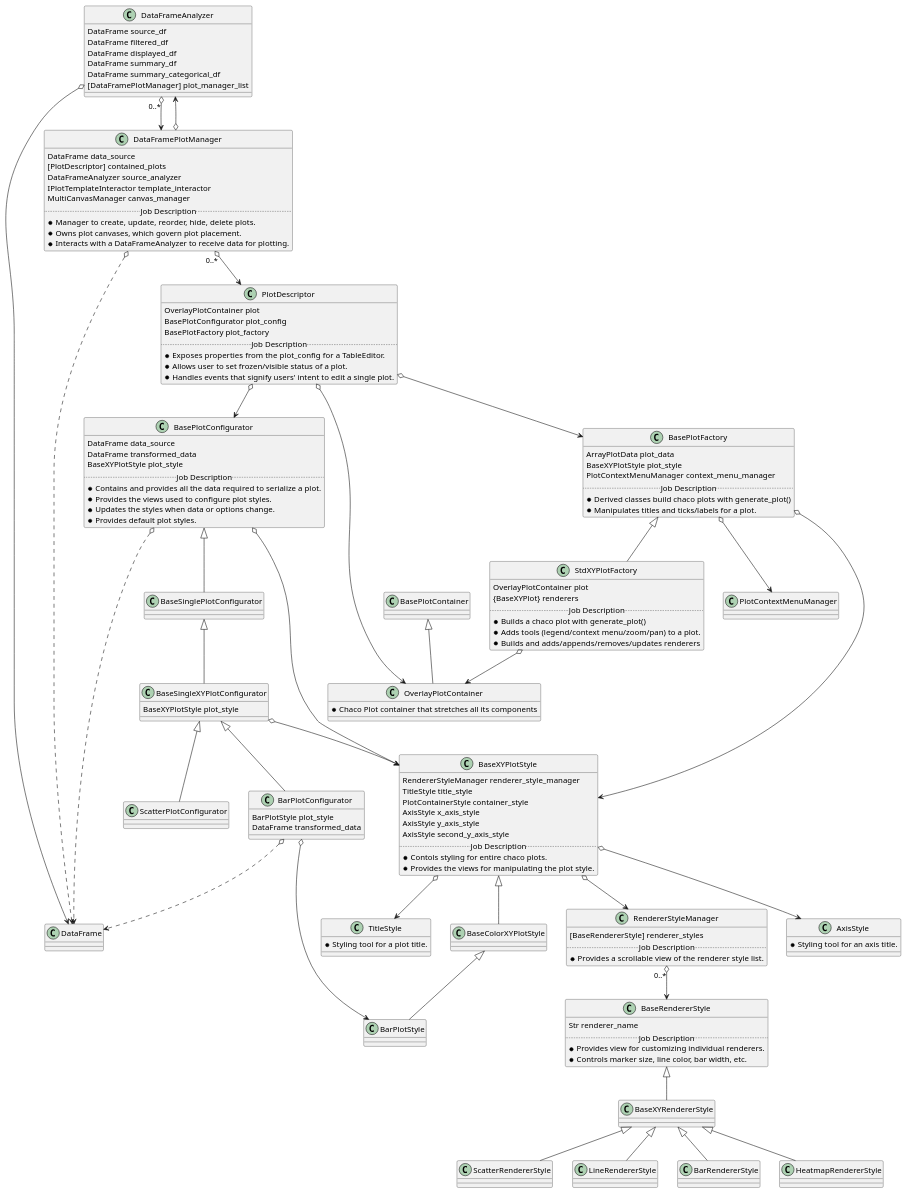
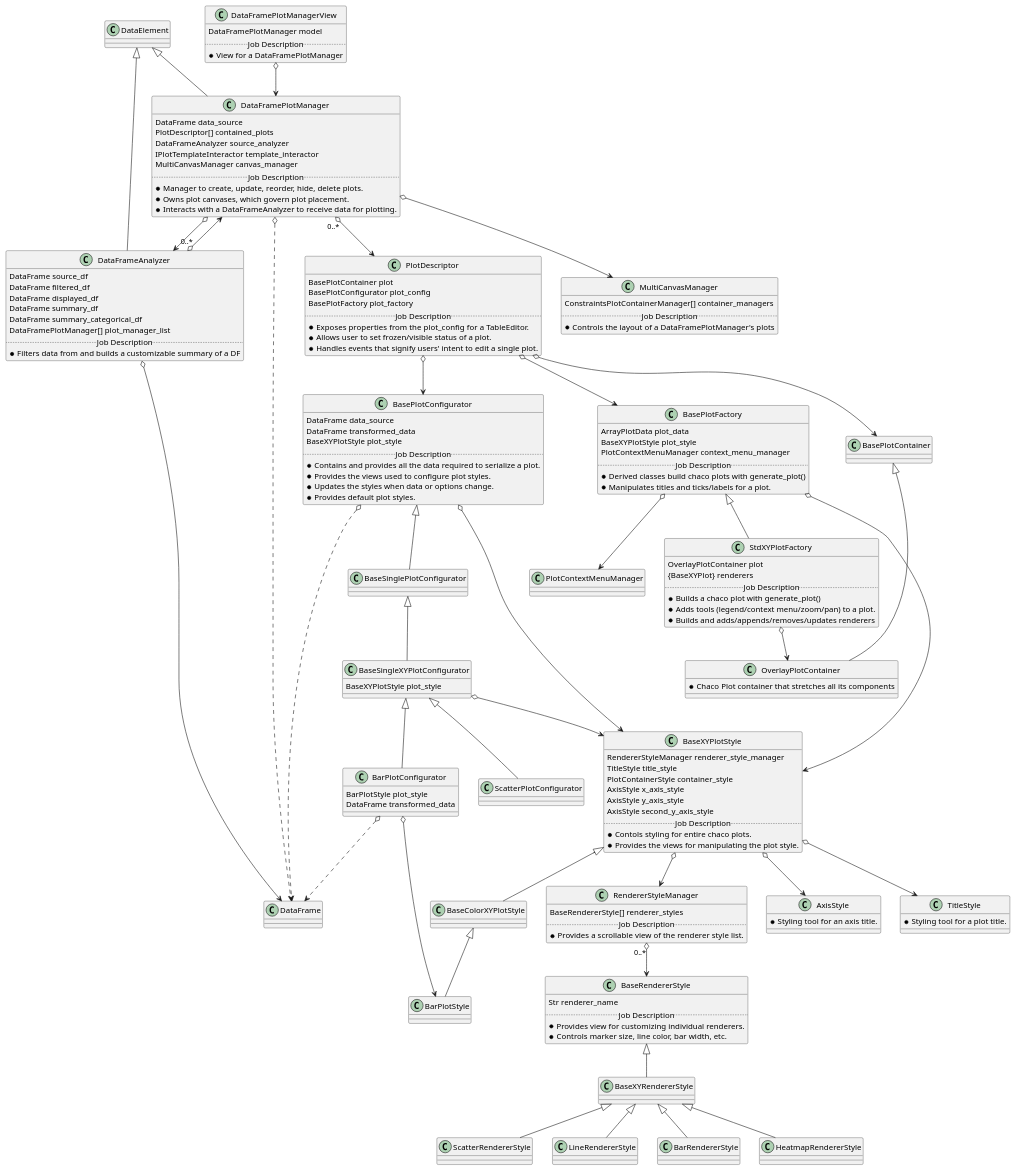
Before and after one commit to KBIbiopharma/pybleau: the diagram in pybleau_plotting.puml, drawn with PlantUML.

Commit message:
Update pybleau_plotting.puml (#160)

```diff
--- a/pybleau_plotting.puml
+++ b/pybleau_plotting.puml
@@ -1,141 +1,167 @@
 @startuml
 
-'class DataElement
-'DataElement <|-- DataFramePlotManager
-'DataElement <|-- DataFrameAnalyzer
+DataElement <|-- DataFramePlotManager
+DataElement <|-- DataFrameAnalyzer
 class DataFrameAnalyzer {
     DataFrame source_df
     DataFrame filtered_df
     DataFrame displayed_df
     DataFrame summary_df
     DataFrame summary_categorical_df
-    [DataFramePlotManager] plot_manager_list
+    DataFramePlotManager[] plot_manager_list
+    ..Job Description..
+    * Filters data from and builds a customizable summary of a DF
 }
 DataFrameAnalyzer o--> DataFrame
 DataFrameAnalyzer "0..*" o--> DataFramePlotManager
 
+
 class DataFramePlotManager {
     DataFrame data_source
-    [PlotDescriptor] contained_plots
+    PlotDescriptor[] contained_plots
     DataFrameAnalyzer source_analyzer
     IPlotTemplateInteractor template_interactor
     MultiCanvasManager canvas_manager
     ..Job Description..
     * Manager to create, update, reorder, hide, delete plots.
     * Owns plot canvases, which govern plot placement.
     * Interacts with a DataFrameAnalyzer to receive data for plotting.
 }
 DataFramePlotManager "0..*" o--> PlotDescriptor
 DataFramePlotManager o..> DataFrame
 DataFramePlotManager o--> DataFrameAnalyzer
+DataFramePlotManager o--> MultiCanvasManager
+
+
+class MultiCanvasManager {
+    ConstraintsPlotContainerManager[] container_managers
+    ..Job Description..
+    * Controls the layout of a DataFramePlotManager's plots
+}
+
+
+class DataFramePlotManagerView {
+    DataFramePlotManager model
+    ..Job Description..
+    * View for a DataFramePlotManager
+}
+DataFramePlotManagerView o--> DataFramePlotManager
+
 
 class BasePlotFactory {
     ArrayPlotData plot_data
     BaseXYPlotStyle plot_style
     PlotContextMenuManager context_menu_manager
     ..Job Description..
     * Derived classes build chaco plots with generate_plot()
     * Manipulates titles and ticks/labels for a plot.
 }
 BasePlotFactory o--> BaseXYPlotStyle
 BasePlotFactory o--> PlotContextMenuManager
+
 
 class StdXYPlotFactory {
     OverlayPlotContainer plot
     {BaseXYPlot} renderers
     ..Job Description..
     * Builds a chaco plot with generate_plot()
     * Adds tools (legend/context menu/zoom/pan) to a plot.
     * Builds and adds/appends/removes/updates renderers
 }
 BasePlotFactory <|-- StdXYPlotFactory
 StdXYPlotFactory o--> OverlayPlotContainer
 BasePlotContainer <|-- OverlayPlotContainer
 OverlayPlotContainer : * Chaco Plot container that stretches all its components
+
 
 class BaseXYPlotStyle {
     RendererStyleManager renderer_style_manager
     TitleStyle title_style
     PlotContainerStyle container_style
     AxisStyle x_axis_style
     AxisStyle y_axis_style
     AxisStyle second_y_axis_style
     ..Job Description..
     * Contols styling for entire chaco plots.
     * Provides the views for manipulating the plot style.
 }
 BaseXYPlotStyle o--> RendererStyleManager
 BaseXYPlotStyle o--> AxisStyle
 BaseXYPlotStyle o--> TitleStyle
 BaseXYPlotStyle <|-- BaseColorXYPlotStyle
 BaseColorXYPlotStyle <|-- BarPlotStyle
 
+
 TitleStyle : * Styling tool for a plot title.
 AxisStyle : * Styling tool for an axis title.
 
+
 class RendererStyleManager {
-    [BaseRendererStyle] renderer_styles
+    BaseRendererStyle[] renderer_styles
     ..Job Description..
     * Provides a scrollable view of the renderer style list.
 }
 RendererStyleManager "0..*" o--> BaseRendererStyle
+
 
 class BaseRendererStyle {
     Str renderer_name
     ..Job Description..
     * Provides view for customizing individual renderers.
     * Controls marker size, line color, bar width, etc.
 }
 BaseRendererStyle <|-- BaseXYRendererStyle
 BaseXYRendererStyle <|-- ScatterRendererStyle
 BaseXYRendererStyle <|-- LineRendererStyle
 BaseXYRendererStyle <|-- BarRendererStyle
 BaseXYRendererStyle <|-- HeatmapRendererStyle
 
 
 class PlotDescriptor {
-    OverlayPlotContainer plot
+    BasePlotContainer plot
     BasePlotConfigurator plot_config
     BasePlotFactory plot_factory
     ..Job Description..
     * Exposes properties from the plot_config for a TableEditor.
     * Allows user to set frozen/visible status of a plot.
     * Handles events that signify users' intent to edit a single plot.
 }
-PlotDescriptor o--> OverlayPlotContainer
+PlotDescriptor o--> BasePlotContainer
 PlotDescriptor o--> BasePlotConfigurator
 PlotDescriptor o--> BasePlotFactory
 
 
 class BasePlotConfigurator {
     DataFrame data_source
     DataFrame transformed_data
     BaseXYPlotStyle plot_style
     ..Job Description..
     * Contains and provides all the data required to serialize a plot.
     * Provides the views used to configure plot styles.
     * Updates the styles when data or options change.
     * Provides default plot styles.
 }
 BasePlotConfigurator o..> DataFrame
 BasePlotConfigurator o--> BaseXYPlotStyle
 
+
 class BaseSingleXYPlotConfigurator {
     BaseXYPlotStyle plot_style
 }
 BaseSingleXYPlotConfigurator o--> BaseXYPlotStyle
+
 
 class BarPlotConfigurator {
     BarPlotStyle plot_style
     DataFrame transformed_data
 }
 BarPlotConfigurator o..> DataFrame
 BarPlotConfigurator o--> BarPlotStyle
 
-class ScatterPlotConfigurator
+
 BasePlotConfigurator <|-- BaseSinglePlotConfigurator
 BaseSinglePlotConfigurator <|-- BaseSingleXYPlotConfigurator
 BaseSingleXYPlotConfigurator <|-- BarPlotConfigurator
 BaseSingleXYPlotConfigurator <|-- ScatterPlotConfigurator
 
 @enduml
```
